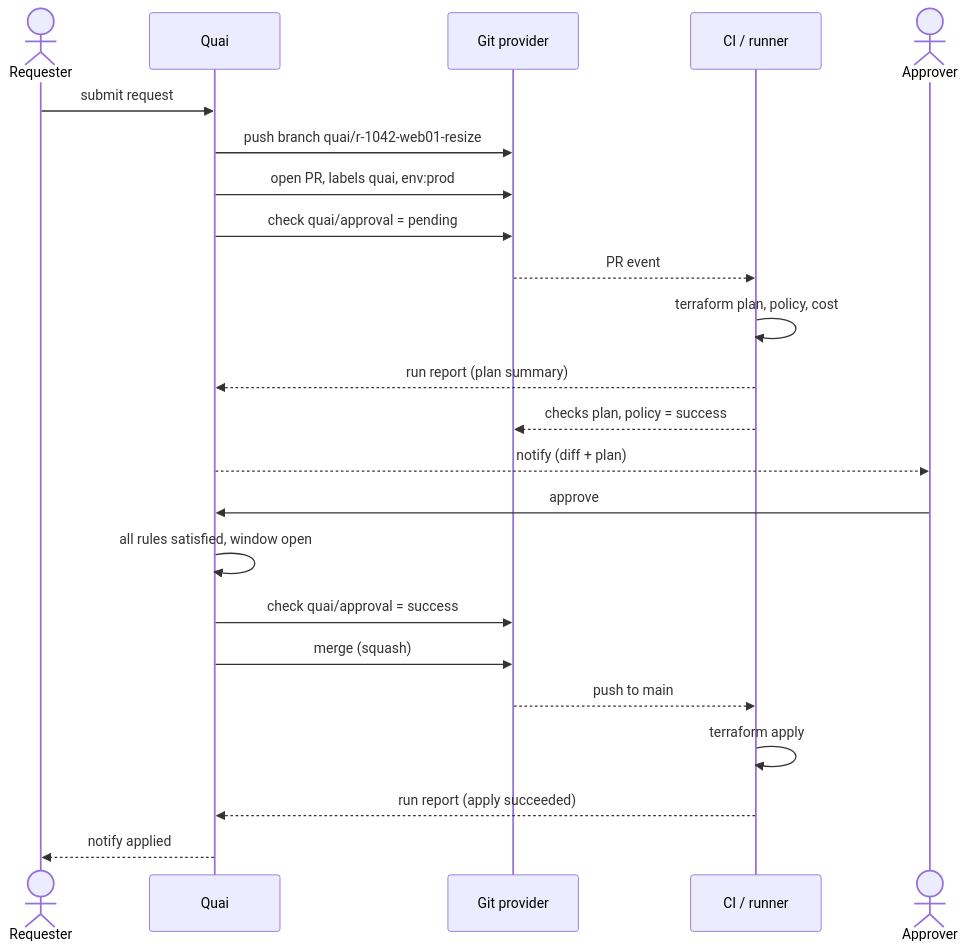
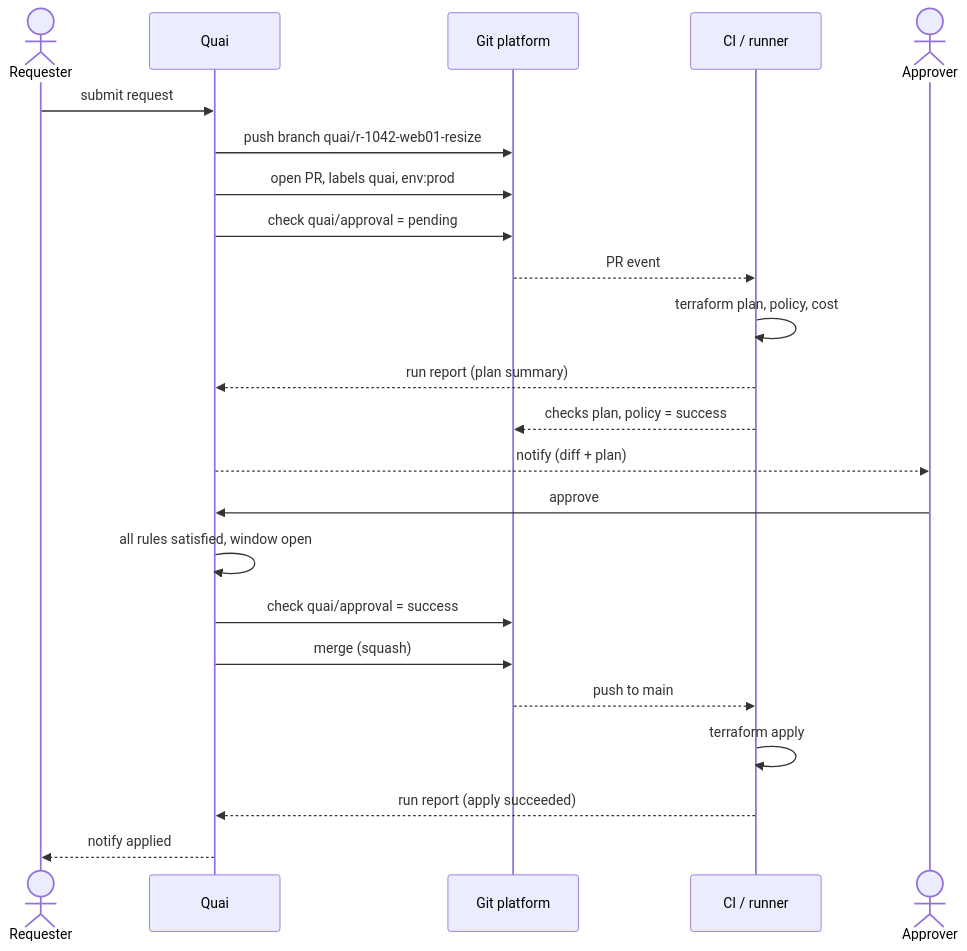
Before and after one commit to damhau/quai: the diagram in docs/design/05-delivery-and-approvals.md, drawn with Mermaid. The commit also changed other lines of this file and 14 other files, not shown here.

First line of the commit message:
Plan per-platform Git connectors, Azure DevOps first

````diff
--- a/docs/design/05-delivery-and-approvals.md
+++ b/docs/design/05-delivery-and-approvals.md
@@ -19,25 +19,25 @@
 ```mermaid
 sequenceDiagram
   actor U as Requester
   participant Q as Quai
-  participant G as Git provider
+  participant G as Git platform
   participant C as CI / runner
   actor A as Approver
   U->>Q: submit request
   Q->>G: push branch quai/r-1042-web01-resize
   Q->>G: open PR, labels quai, env:prod
   Q->>G: check quai/approval = pending
   G-->>C: PR event
   C->>C: terraform plan, policy, cost
   C-->>Q: run report (plan summary)
   C-->>G: checks plan, policy = success
   Q-->>A: notify (diff + plan)
   A->>Q: approve
   Q->>Q: all rules satisfied, window open
   Q->>G: check quai/approval = success
   Q->>G: merge (squash)
   G-->>C: push to main
   C->>C: terraform apply
   C-->>Q: run report (apply succeeded)
   Q-->>U: notify applied
 ```
````
